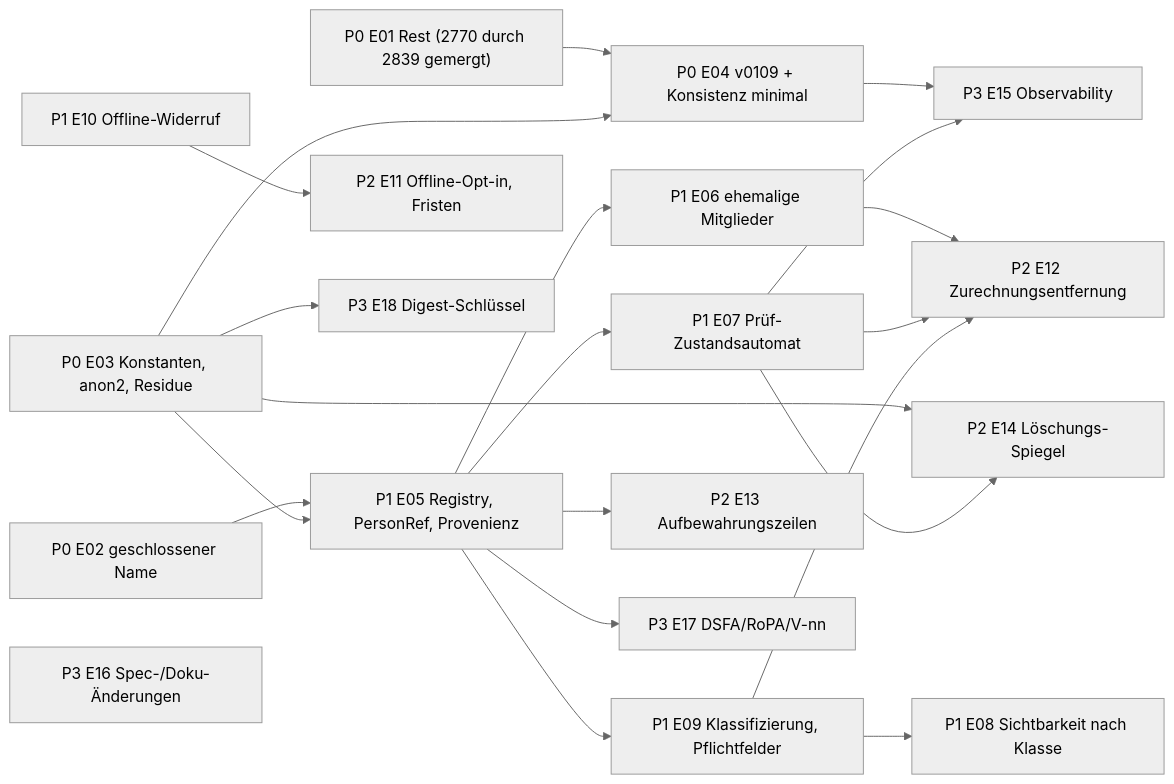
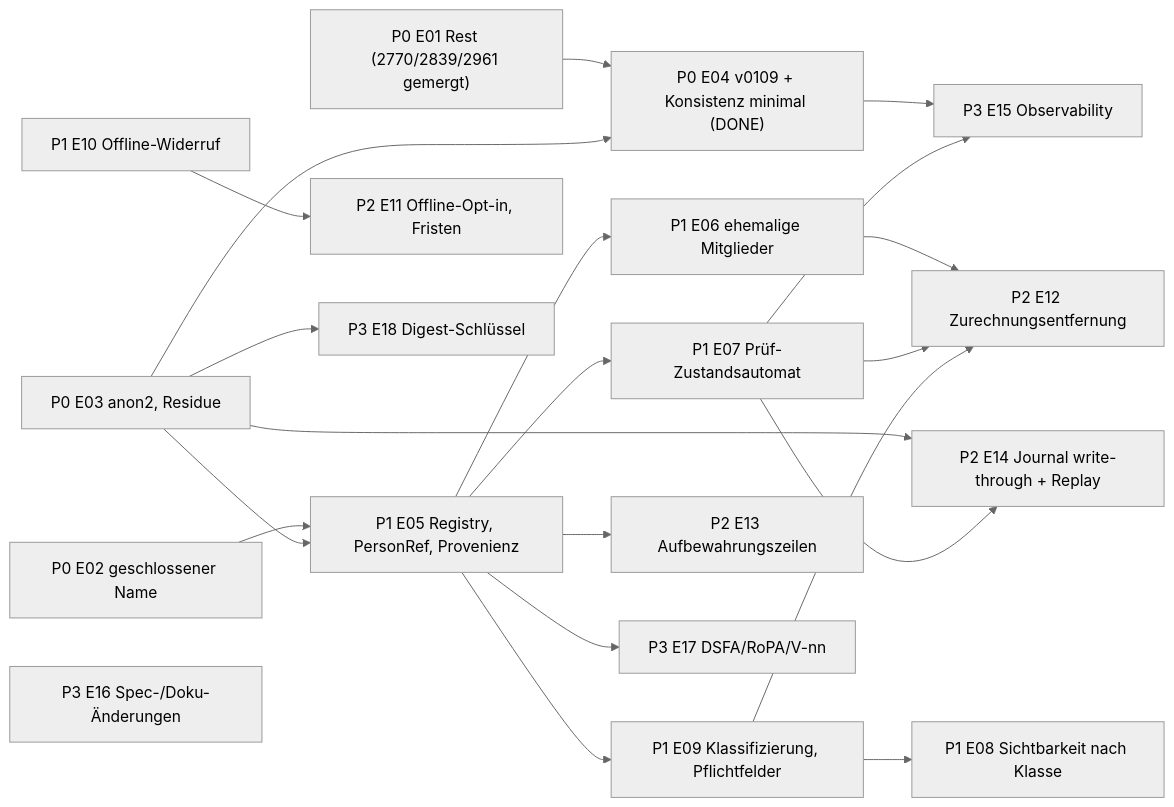
The first of 2 diagrams in spec/privacy/12-implementation-roadmap.md (nolte/kamerplanter), drawn with Mermaid (neutral theme) before and after one commit. The commit also changed other lines of this file and 17 other files, not shown here.

````diff
--- a/spec/privacy/12-implementation-roadmap.md
+++ b/spec/privacy/12-implementation-roadmap.md
@@ -172,23 +305,23 @@
 ```mermaid
 flowchart LR
-    E01["P0 E01 Rest (2770 durch 2839 gemergt)"] --> E04["P0 E04 v0109 + Konsistenz minimal"]
-    E03["P0 E03 Konstanten, anon2, Residue"] --> E04
+    E01["P0 E01 Rest (2770/2839/2961 gemergt)"] --> E04["P0 E04 v0109 + Konsistenz minimal (DONE)"]
+    E03["P0 E03 anon2, Residue"] --> E04
     E02["P0 E02 geschlossener Name"] --> E05
     E03 --> E05["P1 E05 Registry, PersonRef, Provenienz"]
     E05 --> E06["P1 E06 ehemalige Mitglieder"]
     E05 --> E07["P1 E07 Prüf-Zustandsautomat"]
     E05 --> E09["P1 E09 Klassifizierung, Pflichtfelder"]
     E09 --> E08["P1 E08 Sichtbarkeit nach Klasse"]
     E10["P1 E10 Offline-Widerruf"] --> E11["P2 E11 Offline-Opt-in, Fristen"]
     E06 --> E12["P2 E12 Zurechnungsentfernung"]
     E07 --> E12
     E09 --> E12
     E05 --> E13["P2 E13 Aufbewahrungszeilen"]
-    E03 --> E14["P2 E14 Löschungs-Spiegel"]
+    E03 --> E14["P2 E14 Journal write-through + Replay"]
     E07 --> E14
     E04 --> E15["P3 E15 Observability"]
     E07 --> E15
     E05 --> E17["P3 E17 DSFA/RoPA/V-nn"]
     E03 --> E18["P3 E18 Digest-Schlüssel"]
     E16["P3 E16 Spec-/Doku-Änderungen"]
 ```
````
